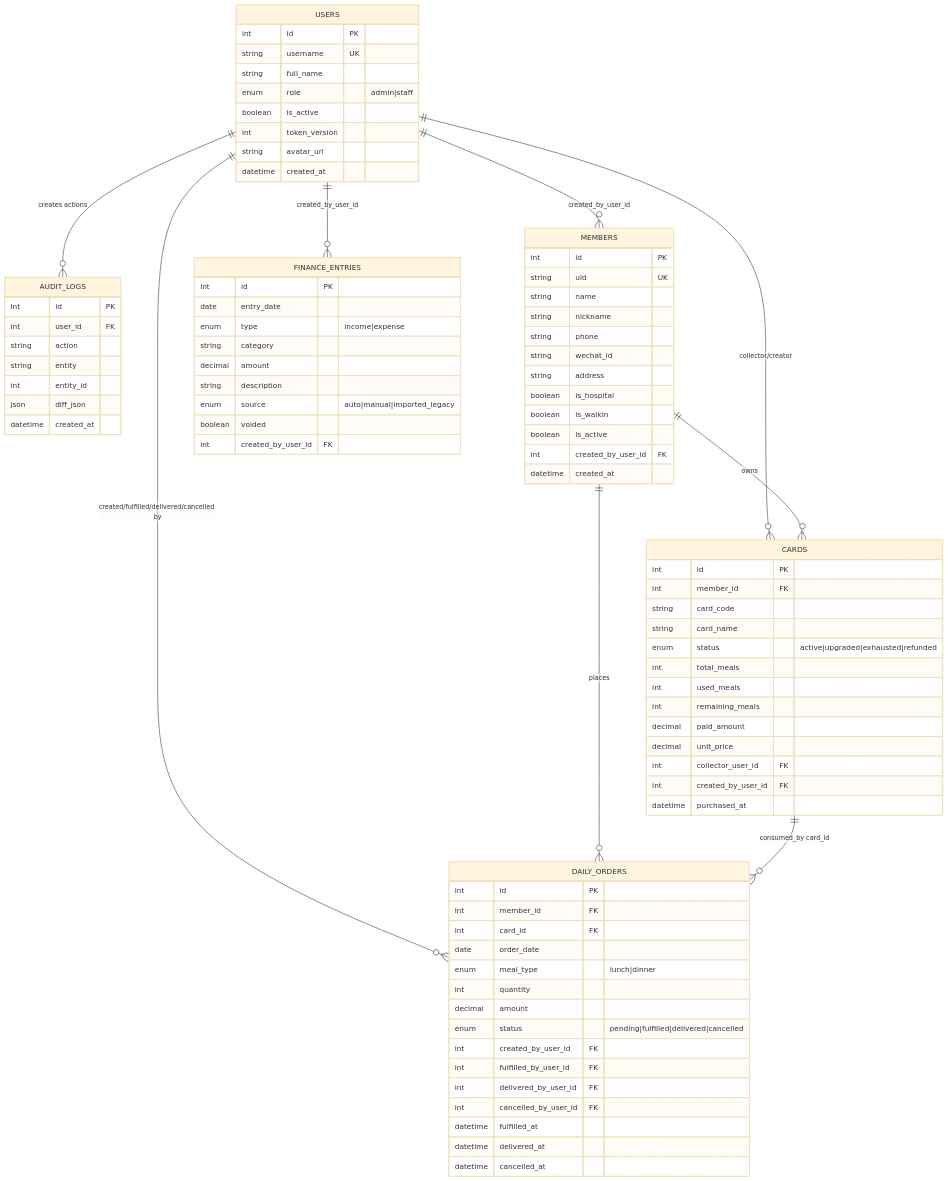
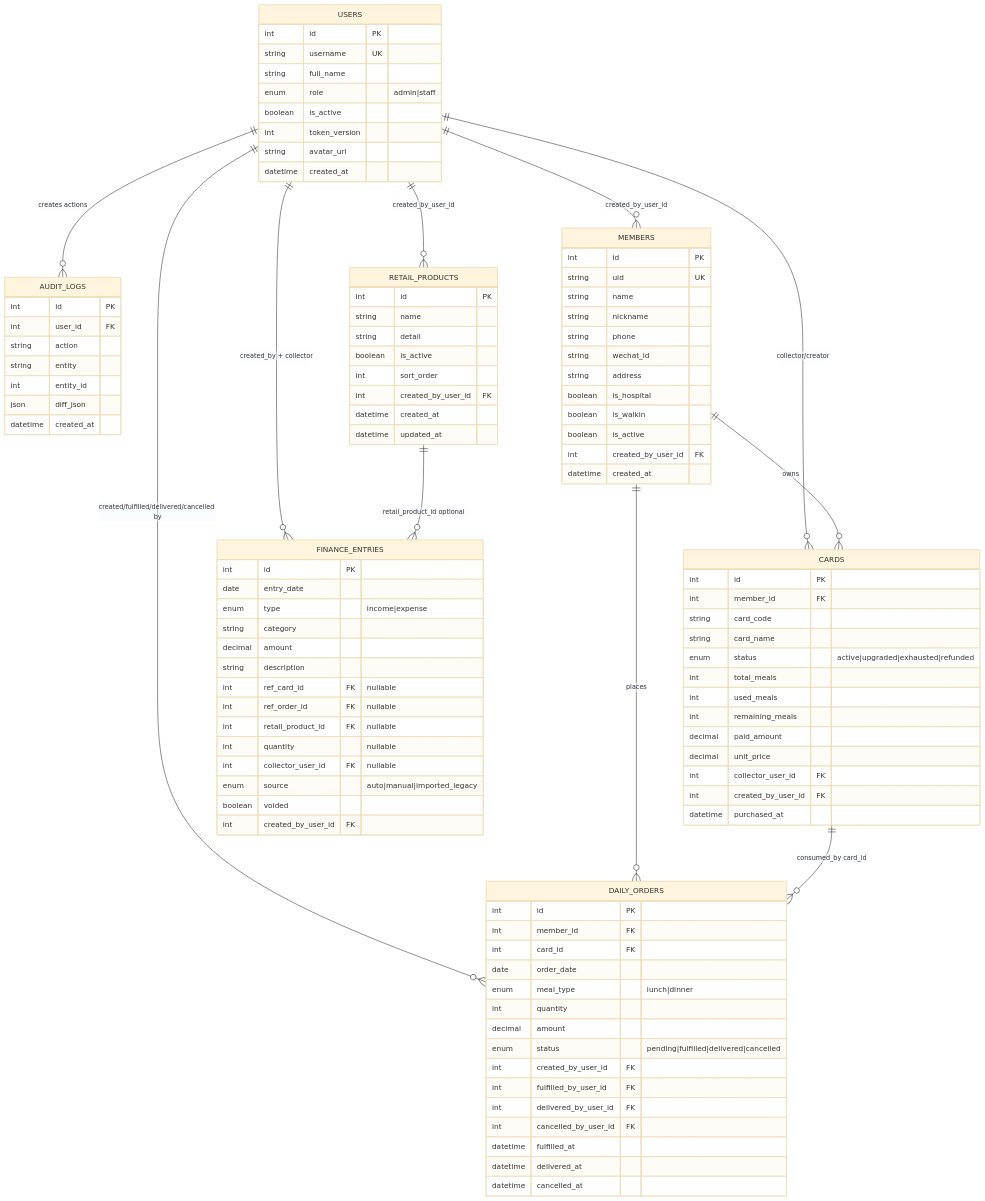
Before and after one commit to rNLKJA/Order-Management-System: the second of 3 diagrams in doc/ARCHITECTURE_DIAGRAMS.md, drawn with Mermaid (base theme). The commit also changed other lines of this file and 16 other files, not shown here.

```diff
--- a/doc/ARCHITECTURE_DIAGRAMS.md
+++ b/doc/ARCHITECTURE_DIAGRAMS.md
@@ -58,12 +58,15 @@
   USERS ||--o{ MEMBERS : "created_by_user_id"
   USERS ||--o{ CARDS : "collector/creator"
   USERS ||--o{ DAILY_ORDERS : "created/fulfilled/delivered/cancelled by"
-  USERS ||--o{ FINANCE_ENTRIES : "created_by_user_id"
+  USERS ||--o{ FINANCE_ENTRIES : "created_by + collector"
+  USERS ||--o{ RETAIL_PRODUCTS : "created_by_user_id"
 
   MEMBERS ||--o{ CARDS : "owns"
   MEMBERS ||--o{ DAILY_ORDERS : "places"
 
   CARDS ||--o{ DAILY_ORDERS : "consumed_by card_id"
+
+  RETAIL_PRODUCTS ||--o{ FINANCE_ENTRIES : "retail_product_id optional"
 
   USERS {
     int id PK
@@ -132,9 +135,25 @@
     string category
     decimal amount
     string description
+    int ref_card_id FK "nullable"
+    int ref_order_id FK "nullable"
+    int retail_product_id FK "nullable"
+    int quantity "nullable"
+    int collector_user_id FK "nullable"
     enum source "auto|manual|imported_legacy"
     boolean voided
     int created_by_user_id FK
+  }
+
+  RETAIL_PRODUCTS {
+    int id PK
+    string name
+    string detail
+    boolean is_active
+    int sort_order
+    int created_by_user_id FK
+    datetime created_at
+    datetime updated_at
   }
 
   AUDIT_LOGS {
```
